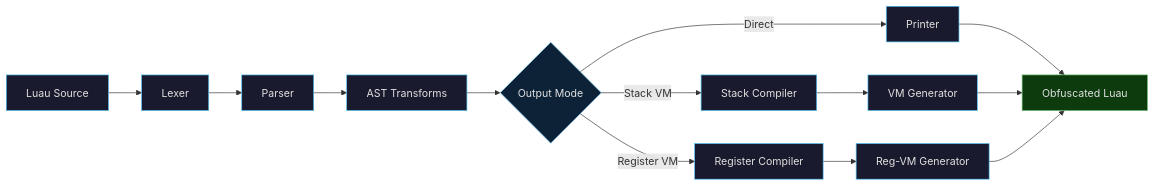
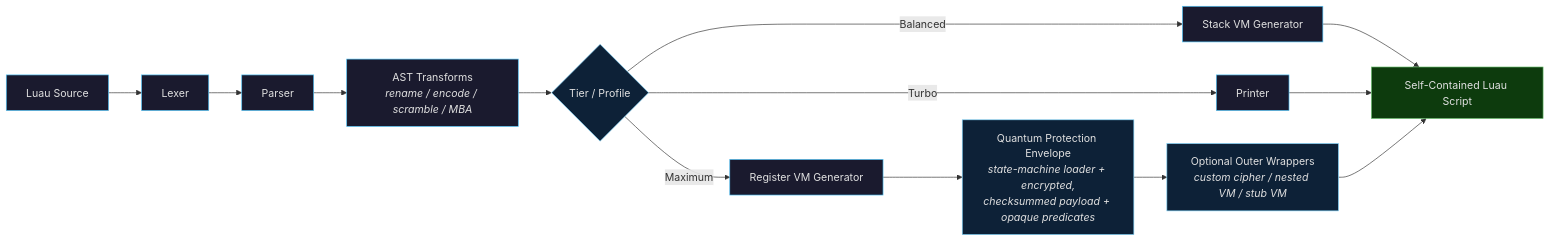
One commit to QuantumXternal/Quantum-Obfuscator-LUA-LUAU changed the first of 3 diagrams in README.md. Above: the diagram before and after it, drawn with Mermaid. The commit also changed other lines of this file and 4 other files, not shown here.

````diff
--- a/README.md
+++ b/README.md
@@ -37,27 +87,27 @@
 ```mermaid
 graph LR
     A["Luau Source"] --> B["Lexer"]
     B --> C["Parser"]
-    C --> D["AST Transforms"]
-    D --> E{"Output Mode"}
-    E -->|"Direct"| F["Printer"]
-    E -->|"Stack VM"| G["Stack Compiler"]
-    E -->|"Register VM"| H["Register Compiler"]
-    G --> I["VM Generator"]
-    H --> J["Reg-VM Generator"]
-    F --> K["Obfuscated Luau"]
-    I --> K
+    C --> D["AST Transforms<br/><i>rename / encode / scramble / MBA</i>"]
+    D --> E{"Tier / Profile"}
+    E -->|"Turbo"| F["Printer"]
+    E -->|"Balanced"| G["Stack VM Generator"]
+    E -->|"Maximum"| H["Register VM Generator"]
+    H --> I["Quantum Protection Envelope<br/><i>state-machine loader + encrypted,<br/>checksummed payload + opaque predicates</i>"]
+    I --> J["Optional Outer Wrappers<br/><i>custom cipher / nested VM / stub VM</i>"]
+    G --> K["Self-Contained Luau Script"]
+    F --> K
     J --> K
 
     style A fill:#1a1a2e,stroke:#4fc3f7,color:#e0e0e0
     style B fill:#1a1a2e,stroke:#4fc3f7,color:#e0e0e0
     style C fill:#1a1a2e,stroke:#4fc3f7,color:#e0e0e0
     style D fill:#1a1a2e,stroke:#4fc3f7,color:#e0e0e0
     style E fill:#0d2137,stroke:#81d4fa,color:#e0e0e0
     style F fill:#1a1a2e,stroke:#4fc3f7,color:#e0e0e0
     style G fill:#1a1a2e,stroke:#4fc3f7,color:#e0e0e0
     style H fill:#1a1a2e,stroke:#4fc3f7,color:#e0e0e0
-    style I fill:#1a1a2e,stroke:#4fc3f7,color:#e0e0e0
-    style J fill:#1a1a2e,stroke:#4fc3f7,color:#e0e0e0
+    style I fill:#0d2137,stroke:#81d4fa,color:#e0e0e0
+    style J fill:#0d2137,stroke:#81d4fa,color:#e0e0e0
     style K fill:#0d3b0d,stroke:#66bb6a,color:#e0e0e0
 ```
````
